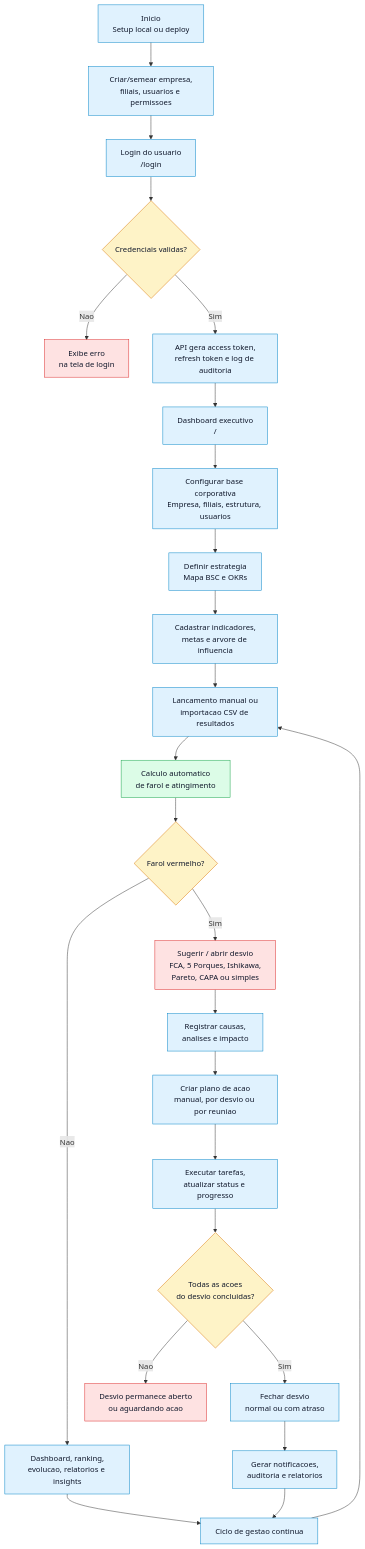
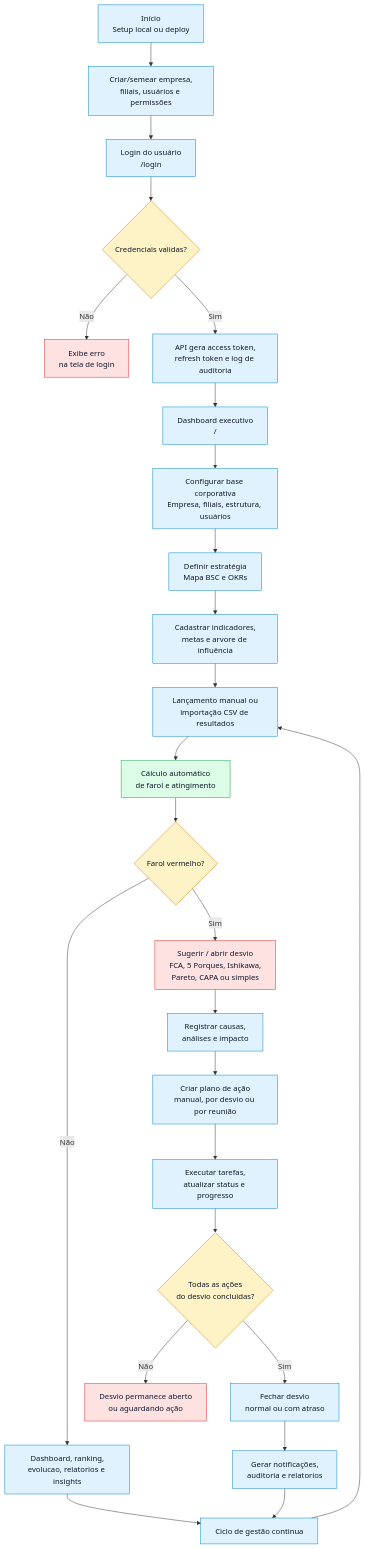
One commit to aldemirfidelis/gestao-360-indicadores changed the second of 12 diagrams in docs/fluxograma-completo.md. Above: the diagram before and after it, drawn with Mermaid. The commit also changed other lines of this file and 73 other files, not shown here.

````diff
--- a/docs/fluxograma-completo.md
+++ b/docs/fluxograma-completo.md
@@ -63,36 +63,36 @@
 ```mermaid
 flowchart TD
-  A["Inicio<br/>Setup local ou deploy"] --> B["Criar/semear empresa,<br/>filiais, usuarios e permissoes"]
-  B --> C["Login do usuario<br/>/login"]
+  A["Início<br/>Setup local ou deploy"] --> B["Criar/semear empresa,<br/>filiais, usuários e permissões"]
+  B --> C["Login do usuário<br/>/login"]
   C --> D{"Credenciais validas?"}
-  D -- "Nao" --> C1["Exibe erro<br/>na tela de login"]
+  D -- "Não" --> C1["Exibe erro<br/>na tela de login"]
   D -- "Sim" --> E["API gera access token,<br/>refresh token e log de auditoria"]
   E --> F["Dashboard executivo<br/>/"]
-  F --> G["Configurar base corporativa<br/>Empresa, filiais, estrutura, usuarios"]
-  G --> H["Definir estrategia<br/>Mapa BSC e OKRs"]
-  H --> I["Cadastrar indicadores,<br/>metas e arvore de influencia"]
-  I --> J["Lancamento manual ou<br/>importacao CSV de resultados"]
-  J --> K["Calculo automatico<br/>de farol e atingimento"]
+  F --> G["Configurar base corporativa<br/>Empresa, filiais, estrutura, usuários"]
+  G --> H["Definir estratégia<br/>Mapa BSC e OKRs"]
+  H --> I["Cadastrar indicadores,<br/>metas e arvore de influência"]
+  I --> J["Lançamento manual ou<br/>importação CSV de resultados"]
+  J --> K["Cálculo automático<br/>de farol e atingimento"]
   K --> L{"Farol vermelho?"}
-  L -- "Nao" --> M["Dashboard, ranking,<br/>evolucao, relatorios e insights"]
+  L -- "Não" --> M["Dashboard, ranking,<br/>evolucao, relatorios e insights"]
   L -- "Sim" --> N["Sugerir / abrir desvio<br/>FCA, 5 Porques, Ishikawa,<br/>Pareto, CAPA ou simples"]
-  N --> O["Registrar causas,<br/>analises e impacto"]
-  O --> P["Criar plano de acao<br/>manual, por desvio ou por reuniao"]
+  N --> O["Registrar causas,<br/>análises e impacto"]
+  O --> P["Criar plano de ação<br/>manual, por desvio ou por reunião"]
   P --> Q["Executar tarefas,<br/>atualizar status e progresso"]
-  Q --> R{"Todas as acoes<br/>do desvio concluidas?"}
-  R -- "Nao" --> Q1["Desvio permanece aberto<br/>ou aguardando acao"]
+  Q --> R{"Todas as ações<br/>do desvio concluidas?"}
+  R -- "Não" --> Q1["Desvio permanece aberto<br/>ou aguardando ação"]
   R -- "Sim" --> S["Fechar desvio<br/>normal ou com atraso"]
-  S --> T["Gerar notificacoes,<br/>auditoria e relatorios"]
-  M --> U["Ciclo de gestao continua"]
+  S --> T["Gerar notificações,<br/>auditoria e relatorios"]
+  M --> U["Ciclo de gestão continua"]
   T --> U
   U --> J
 
   classDef step fill:#e0f2fe,stroke:#0284c7,color:#0f172a
   classDef rule fill:#dcfce7,stroke:#16a34a,color:#0f172a
   classDef decision fill:#fef3c7,stroke:#d97706,color:#0f172a
   classDef risk fill:#fee2e2,stroke:#dc2626,color:#0f172a
   class A,B,C,E,F,G,H,I,J,M,O,P,Q,S,T,U step
   class K rule
   class D,L,R decision
   class C1,N,Q1 risk
 ```
````
